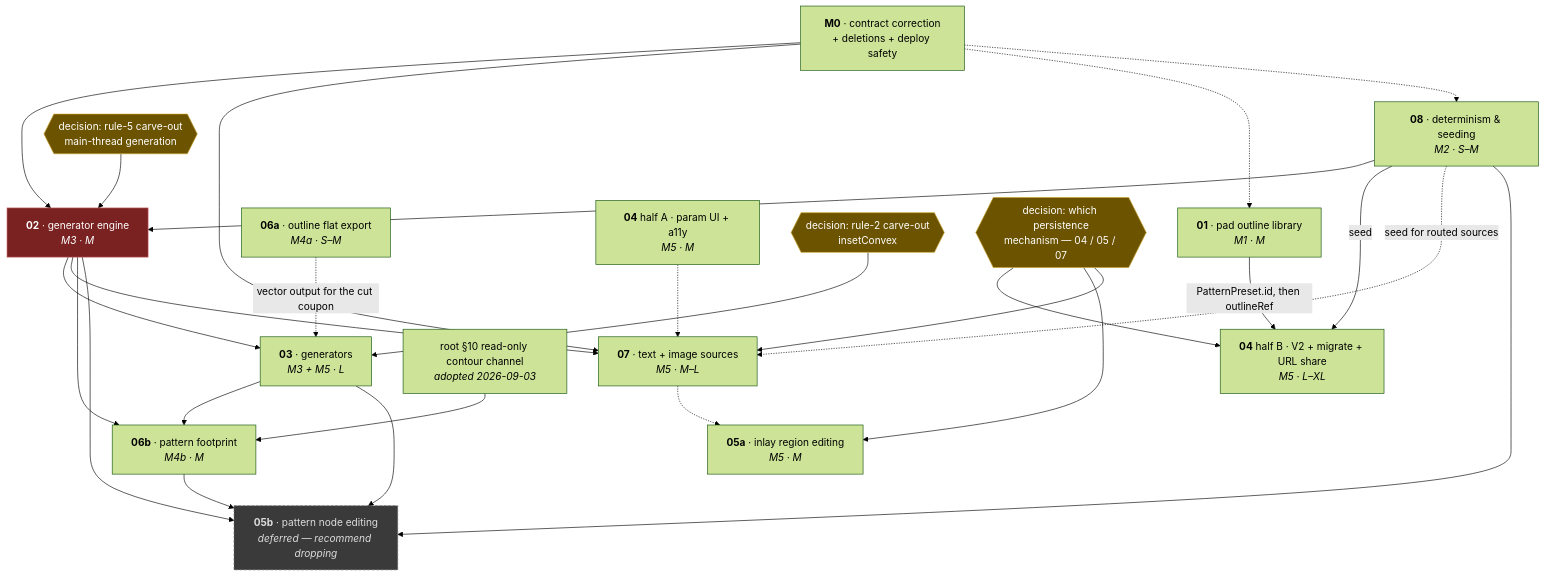
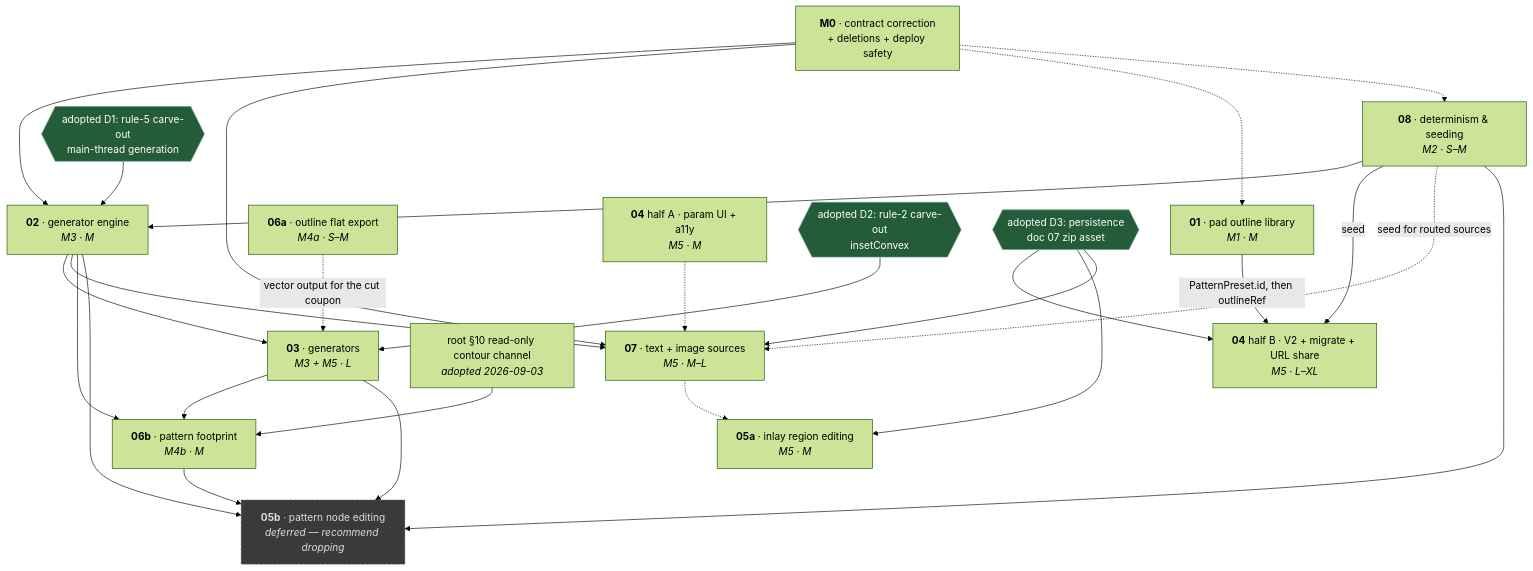
The diagram in docs/README.md (Imminent-Latency/gripsmith), drawn with Mermaid (forest theme) before and after one commit. The commit also changed other lines of this file and 6 other files, not shown here.

````diff
--- a/docs/README.md
+++ b/docs/README.md
@@ -33,60 +33,58 @@
 ```mermaid
 graph TD
   M0["<b>M0</b> · contract correction<br/>+ deletions + deploy safety"]
 
   D08["<b>08</b> · determinism &amp; seeding<br/><i>M2 · S–M</i>"]
   D01["<b>01</b> · pad outline library<br/><i>M1 · M</i>"]
   D02["<b>02</b> · generator engine<br/><i>M3 · M</i>"]
   D03["<b>03</b> · generators<br/><i>M3 + M5 · L</i>"]
   D06a["<b>06a</b> · outline flat export<br/><i>M4a · S–M</i>"]
   D06b["<b>06b</b> · pattern footprint<br/><i>M4b · M</i>"]
   D04A["<b>04</b> half A · param UI + a11y<br/><i>M5 · M</i>"]
   D04B["<b>04</b> half B · V2 + migrate + URL share<br/><i>M5 · L–XL</i>"]
   D07["<b>07</b> · text + image sources<br/><i>M5 · M–L</i>"]
   D05A["<b>05a</b> · inlay region editing<br/><i>M5 · M</i>"]
   D05B["<b>05b</b> · pattern node editing<br/><i>deferred — recommend dropping</i>"]
 
   AMD["root §10 read-only contour channel<br/><i>adopted 2026-09-03</i>"]
 
-  Q1{{"decision: rule-5 carve-out<br/>main-thread generation"}}
-  Q2{{"decision: rule-2 carve-out<br/>insetConvex"}}
-  Q3{{"decision: which persistence<br/>mechanism — 04 / 05 / 07"}}
+  Q1{{"adopted D1: rule-5 carve-out<br/>main-thread generation"}}
+  Q2{{"adopted D2: rule-2 carve-out<br/>insetConvex"}}
+  Q3{{"adopted D3: persistence<br/>doc 07 zip asset"}}
 
   M0 --> D02
   M0 --> D07
   M0 -.-> D01
   M0 -.-> D08
 
   Q1 --> D02
   D08 --> D02
   D02 --> D03
   Q2 --> D03
   D02 --> D07
 
   D01 -->|"PatternPreset.id, then outlineRef"| D04B
   D08 -->|"seed"| D04B
   D08 -.->|"seed for routed sources"| D07
 
   AMD --> D06b
   D02 --> D06b
   D03 --> D06b
   D06a -.->|"vector output for the cut coupon"| D03
 
   D04A -.-> D07
   D07 -.-> D05A
   Q3 --> D04B
   Q3 --> D05A
   Q3 --> D07
 
   D02 --> D05B
   D03 --> D05B
   D08 --> D05B
   D06b --> D05B
 
-  classDef blocked fill:#7a2222,stroke:#c25b5b,color:#fff;
-  classDef decision fill:#6b5300,stroke:#c9a227,color:#fff;
+  classDef adopted fill:#245c39,stroke:#5ba878,color:#fff;
   classDef deferred fill:#3a3a3a,stroke:#777,color:#ddd,stroke-dasharray:4 3;
-  class D02 blocked;
-  class Q1,Q2,Q3 decision;
+  class Q1,Q2,Q3 adopted;
   class D05B deferred;
 ```
````
